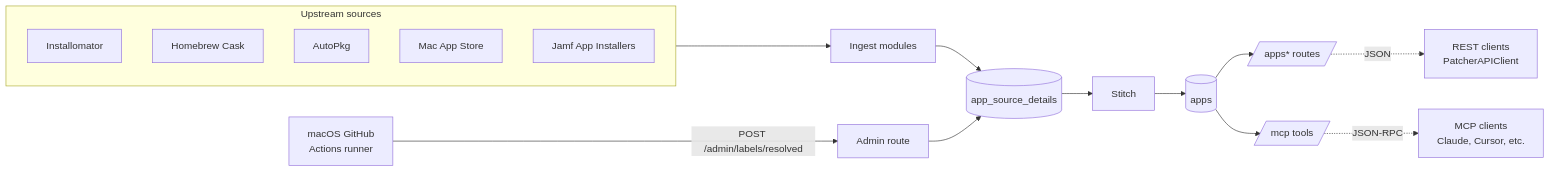
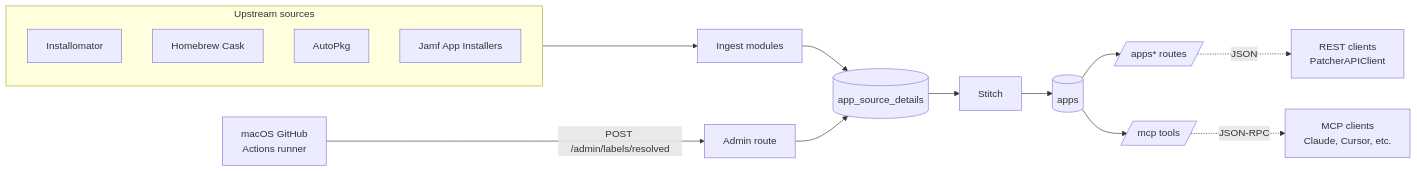
One commit to liquidz00/Patcher changed the third of 3 diagrams in docs/project/architecture/index.md. Above: the diagram before and after it, drawn with Mermaid. The commit also changed other lines of this file and 31 other files, not shown here.

````diff
--- a/docs/project/architecture/index.md
+++ b/docs/project/architecture/index.md
@@ -357,25 +357,24 @@
 ```{mermaid}
 flowchart LR
     subgraph EXT [Upstream sources]
       direction TB
       INST[Installomator]
       CASK[Homebrew Cask]
       AP[AutoPkg]
-      MAS[Mac App Store]
       JAI[Jamf App Installers]
     end
 
     EXT --> ING[Ingest modules]
     ING --> SD[(app_source_details)]
 
     MACR[macOS GitHub<br/>Actions runner] -- POST /admin/labels/resolved --> ADM[Admin route]
     ADM --> SD
 
     SD --> ST[Stitch] --> APPS[(apps)]
 
     APPS --> APP_R[/apps* routes/]
     APPS --> MCP[/mcp tools/]
 
     APP_R -.->|JSON| CLIENT1[REST clients<br/>PatcherAPIClient]
     MCP -.->|JSON-RPC| CLIENT2[MCP clients<br/>Claude, Cursor, etc.]
 ```
````
